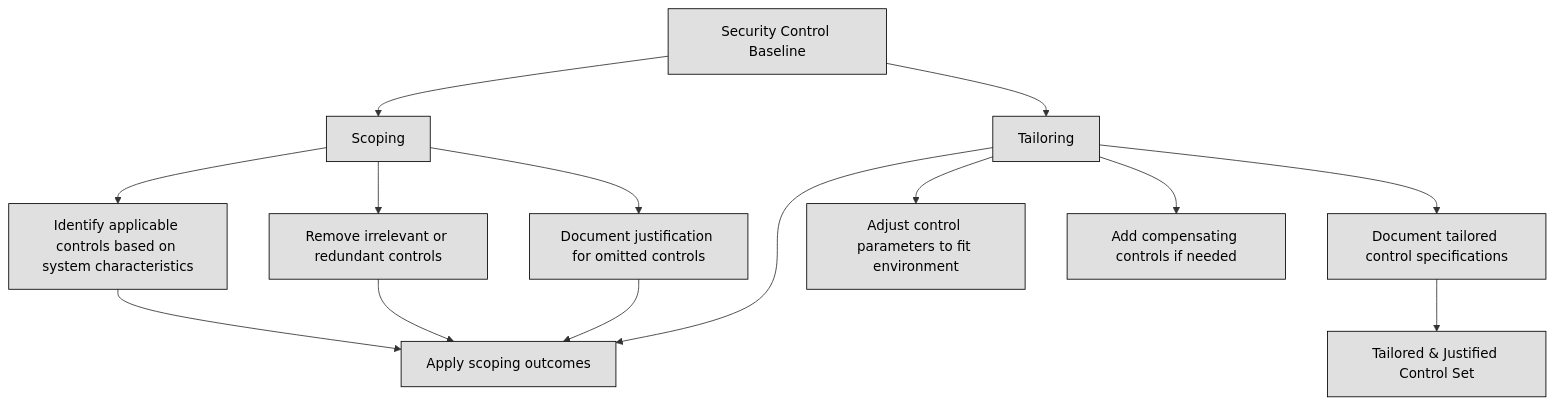
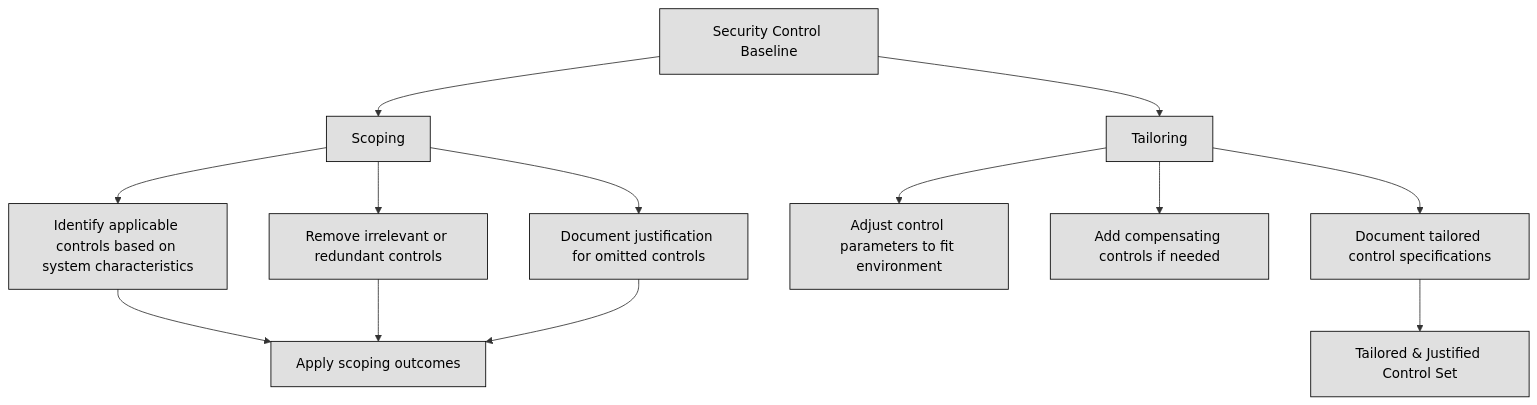
The diagram in DOMAIN2: Asset Security/2.06 Determine data security controls and compliance requirements.md (lorenzoleonelli/CISSP-Zero-to-Hero), drawn with Mermaid before and after one commit. The commit also changed other lines of this file, not shown here.

````diff
--- a/DOMAIN2: Asset Security/2.06 Determine data security controls and compliance requirements.md
+++ b/DOMAIN2: Asset Security/2.06 Determine data security controls and compliance requirements.md
@@ -115,19 +116,18 @@
 ```mermaid
 flowchart TB
   A[Security Control Baseline] --> B[Scoping]
   B --> B1[Identify applicable controls based on system characteristics]
   B --> B2[Remove irrelevant or redundant controls]
   B --> B3[Document justification for omitted controls]
 
   A --> C[Tailoring]
-  C --> C1[Apply scoping outcomes]
   C --> C2[Adjust control parameters to fit environment]
   C --> C3[Add compensating controls if needed]
   C --> C4[Document tailored control specifications]
 
-  B1 & B2 & B3 --> C1
+  B1 & B2 & B3 --> C1[Apply scoping outcomes]
   C4 --> D[Tailored & Justified Control Set]
 
     classDef center fill:#ffffff,color:#000000,stroke:#000000,stroke-width:1px,font-weight:bold
     classDef node fill:#e0e0e0,color:#000000,stroke:#000000,stroke-width:1px
 ```
````
